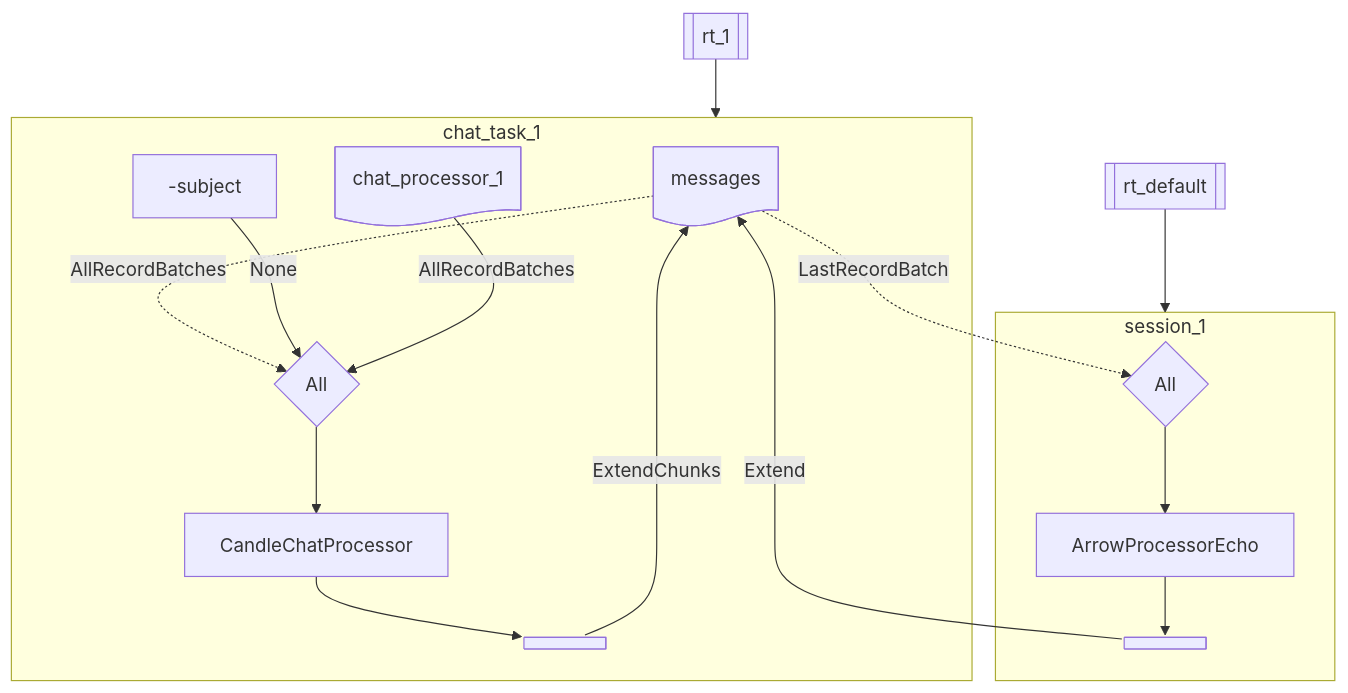
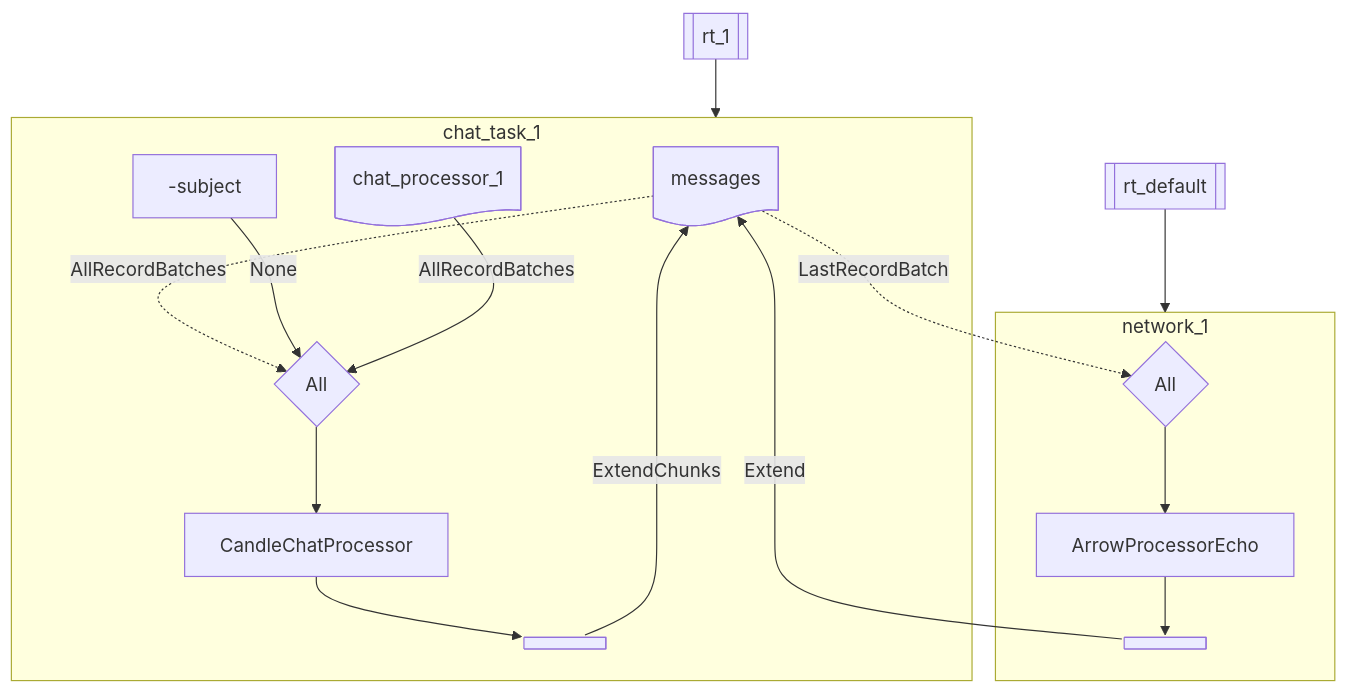
Before and after one commit to biom8er/phymes: the second of 2 diagrams in phymes-book/src/phymes-network/chat_agent.md, drawn with Mermaid. The commit also changed other lines of this file and 198 other files, not shown here.

````diff
--- a/phymes-book/src/phymes-network/chat_agent.md
+++ b/phymes-book/src/phymes-network/chat_agent.md
@@ -24,29 +24,29 @@
 ```mermaid
 flowchart TD
 	subgraph chat_task_1
 		messages-subject-.AllRecordBatches.->chat_processor_1-subscribe
 		-subject--None-->chat_processor_1-subscribe
 		chat_processor_1-subject--AllRecordBatches-->chat_processor_1-subscribe
 		chat_processor_1-subscribe-->chat_processor_1-processor
 		chat_processor_1-processor-->chat_processor_1-publish
 		chat_processor_1-publish--ExtendChunks-->messages-subject
 	end
-	subgraph session_1
-		messages-subject-.LastRecordBatch.->session_1-subscribe
-		session_1-subscribe-->session_1-processor
-		session_1-processor-->session_1-publish
-		session_1-publish--Extend-->messages-subject
+	subgraph network_1
+		messages-subject-.LastRecordBatch.->network_1-subscribe
+		network_1-subscribe-->network_1-processor
+		network_1-processor-->network_1-publish
+		network_1-publish--Extend-->messages-subject
 	end
 	rt_1-rt-->chat_task_1
-	rt_default-rt-->session_1
+	rt_default-rt-->network_1
 	chat_processor_1-processor@{shape: rect, label: CandleChatProcessor}
-	session_1-processor@{shape: rect, label: ArrowProcessorEcho}
+	network_1-processor@{shape: rect, label: ArrowProcessorEcho}
 	rt_1-rt@{shape: subproc, label: rt_1}
 	rt_default-rt@{shape: subproc, label: rt_default}
 	chat_processor_1-subject@{shape: doc, label: chat_processor_1}
 	messages-subject@{shape: doc, label: messages}
 	chat_processor_1-publish@{shape: fork}
-	session_1-publish@{shape: fork}
+	network_1-publish@{shape: fork}
 	chat_processor_1-subscribe@{shape: diamond, label: All}
-	session_1-subscribe@{shape: diamond, label: All}
+	network_1-subscribe@{shape: diamond, label: All}
 ```
````
